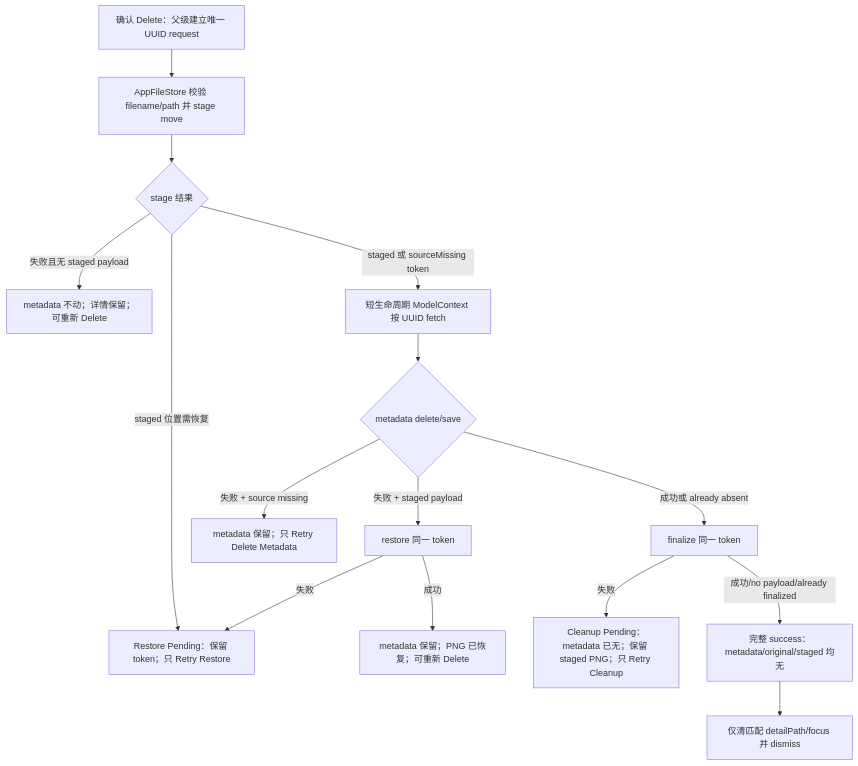
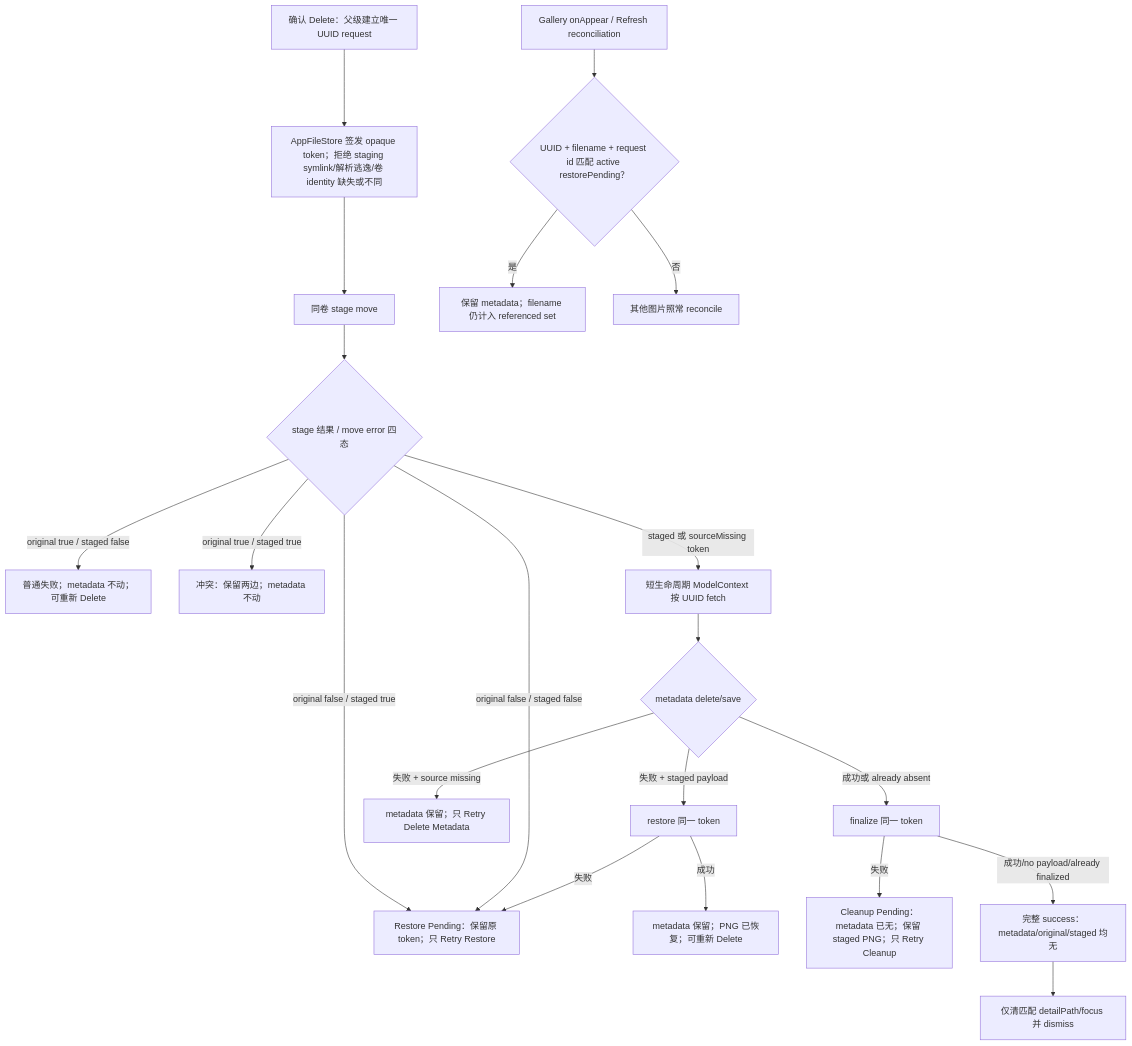
One commit to Altman-sam114/118 changed the third of 8 diagrams in md/flow/flowchart.md. Above: the diagram before and after it, drawn with Mermaid. The commit also changed other lines of this file and 6 other files, not shown here.

````diff
--- a/md/flow/flowchart.md
+++ b/md/flow/flowchart.md
@@ -77,17 +77,23 @@
 ```mermaid
 flowchart TD
-  A["确认 Delete：父级建立唯一 UUID request"] --> B["AppFileStore 校验 filename/path 并 stage move"]
-  B --> C{"stage 结果"}
-  C -- "失败且无 staged payload" --> SF["metadata 不动；详情保留；可重新 Delete"]
-  C -- "staged 位置需恢复" --> RP["Restore Pending：保留 token；只 Retry Restore"]
+  A["确认 Delete：父级建立唯一 UUID request"] --> B["AppFileStore 签发 opaque token；拒绝 staging symlink/解析逃逸/卷 identity 缺失或不同"]
+  B --> M["同卷 stage move"]
+  M --> C{"stage 结果 / move error 四态"}
+  C -- "original true / staged false" --> SF["普通失败；metadata 不动；可重新 Delete"]
+  C -- "original false / staged true" --> RP["Restore Pending：保留原 token；只 Retry Restore"]
+  C -- "original true / staged true" --> BC["冲突：保留两边；metadata 不动"]
+  C -- "original false / staged false" --> RP
   C -- "staged 或 sourceMissing token" --> D["短生命周期 ModelContext 按 UUID fetch"]
+  AP["Gallery onAppear / Refresh reconciliation"] --> G{"UUID + filename + request id 匹配 active restorePending？"}
+  G -- "是" --> KP["保留 metadata；filename 仍计入 referenced set"]
+  G -- "否" --> NR["其他图片照常 reconcile"]
   D --> E{"metadata delete/save"}
   E -- "失败 + staged payload" --> R["restore 同一 token"]
   R -- "成功" --> RF["metadata 保留；PNG 已恢复；可重新 Delete"]
   R -- "失败" --> RP
   E -- "失败 + source missing" --> MF["metadata 保留；只 Retry Delete Metadata"]
   E -- "成功或 already absent" --> F["finalize 同一 token"]
   F -- "失败" --> CP["Cleanup Pending：metadata 已无；保留 staged PNG；只 Retry Cleanup"]
   F -- "成功/no payload/already finalized" --> S["完整 success：metadata/original/staged 均无"]
   S --> N["仅清匹配 detailPath/focus 并 dismiss"]
 ```
````
